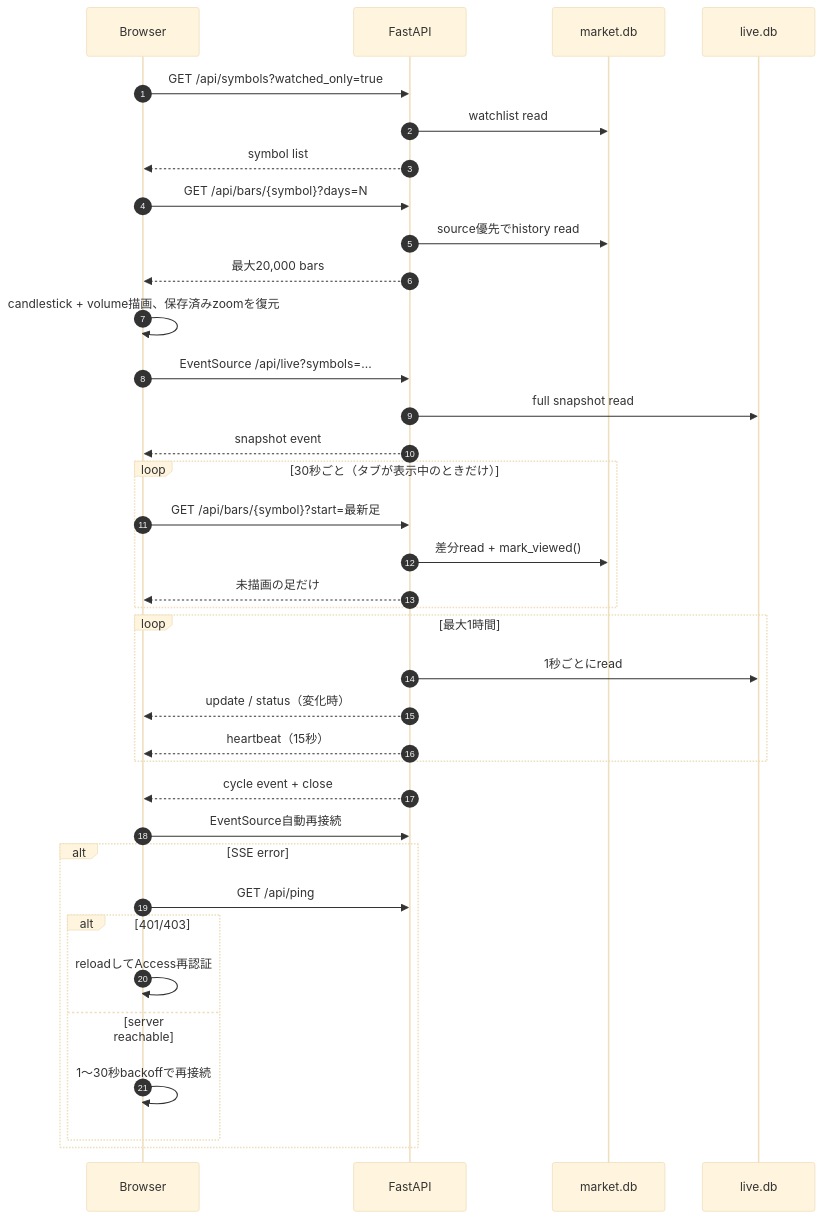
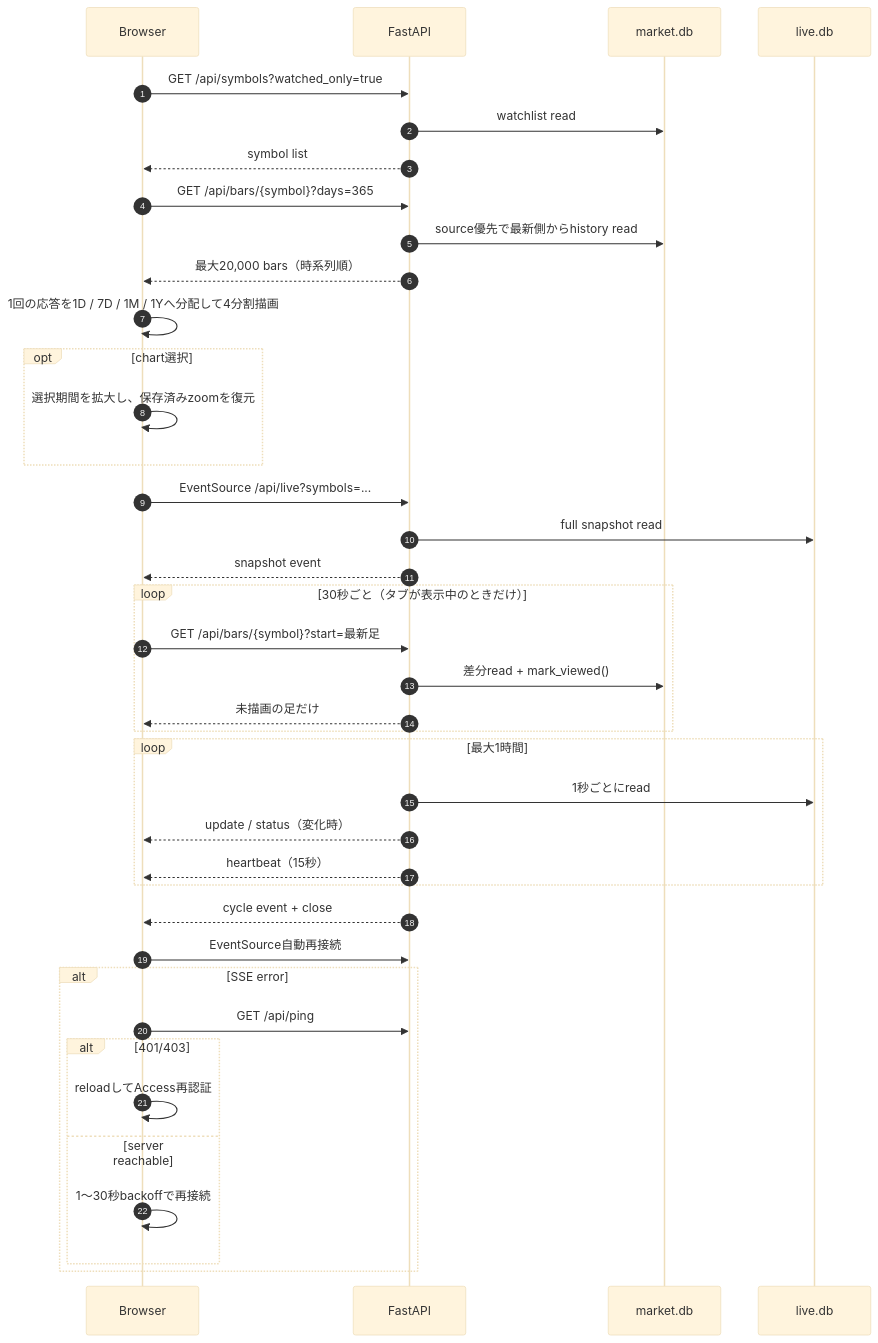
Before and after one commit to makechair/spelling-inconsistencies: the tenth of 15 diagrams in docs/system-architecture.md, drawn with Mermaid (base theme). The commit also changed other lines of this file and 11 other files, not shown here.

Commit message:
Add iSPEED-style four-pane charts [skip ci]

````diff
--- a/docs/system-architecture.md
+++ b/docs/system-architecture.md
@@ -579,40 +579,43 @@
 ```mermaid
 sequenceDiagram
     autonumber
     participant UI as Browser
     participant API as FastAPI
     participant M as market.db
     participant L as live.db
 
     UI->>API: GET /api/symbols?watched_only=true
     API->>M: watchlist read
     API-->>UI: symbol list
-    UI->>API: GET /api/bars/{symbol}?days=N
-    API->>M: source優先でhistory read
-    API-->>UI: 最大20,000 bars
-    UI->>UI: candlestick + volume描画、保存済みzoomを復元
+    UI->>API: GET /api/bars/{symbol}?days=365
+    API->>M: source優先で最新側からhistory read
+    API-->>UI: 最大20,000 bars（時系列順）
+    UI->>UI: 1回の応答を1D / 7D / 1M / 1Yへ分配して4分割描画
+    opt chart選択
+        UI->>UI: 選択期間を拡大し、保存済みzoomを復元
+    end
     UI->>API: EventSource /api/live?symbols=...
     API->>L: full snapshot read
     API-->>UI: snapshot event
     loop 30秒ごと（タブが表示中のときだけ）
         UI->>API: GET /api/bars/{symbol}?start=最新足
         API->>M: 差分read + mark_viewed()
         API-->>UI: 未描画の足だけ
     end
     loop 最大1時間
         API->>L: 1秒ごとにread
         API-->>UI: update / status（変化時）
         API-->>UI: heartbeat（15秒）
     end
     API-->>UI: cycle event + close
     UI->>API: EventSource自動再接続
 
     alt SSE error
         UI->>API: GET /api/ping
         alt 401/403
             UI->>UI: reloadしてAccess再認証
         else server reachable
             UI->>UI: 1〜30秒backoffで再接続
         end
     end
 ```
````
